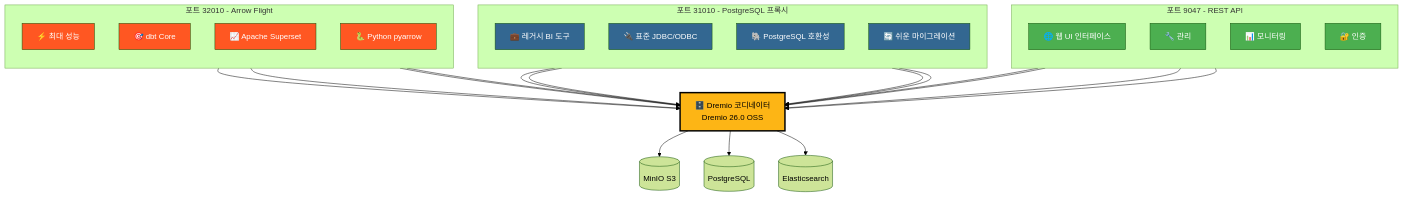
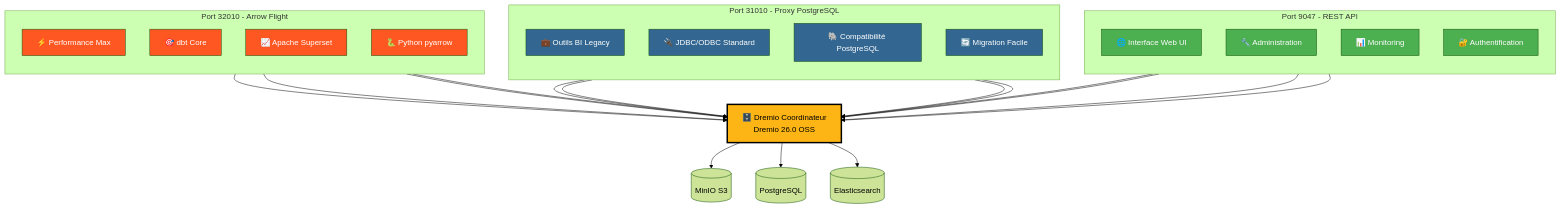
The first of 9 diagrams in docs/i18n/ko/architecture/dremio-ports-visual.md (Monsau/Talentys-OSS-Data-Platform), drawn with Mermaid (forest theme) before and after one commit. The commit also changed other lines of this file and 485 other files, not shown here.

First line of the commit message:
feat: v1.1.0 - Complete i18n roadmap, AI services, and data platform

````diff
--- a/docs/i18n/ko/architecture/dremio-ports-visual.md
+++ b/docs/i18n/ko/architecture/dremio-ports-visual.md
@@ -11,52 +11,52 @@
 ```mermaid
 graph TB
-    subgraph "포트 9047 - REST API"
+    subgraph "Port 9047 - REST API"
         direction TB
-        A1[🌐 웹 UI 인터페이스]
-        A2[🔧 관리]
-        A3[📊 모니터링]
-        A4[🔐 인증]
+        A1[🌐 Interface Web UI]
+        A2[🔧 Administration]
+        A3[📊 Monitoring]
+        A4[🔐 Authentification]
     end
     
-    subgraph "포트 31010 - PostgreSQL 프록시"
+    subgraph "Port 31010 - Proxy PostgreSQL"
         direction TB
-        B1[💼 레거시 BI 도구]
-        B2[🔌 표준 JDBC/ODBC]
-        B3[🐘 PostgreSQL 호환성]
-        B4[🔄 쉬운 마이그레이션]
+        B1[💼 Outils BI Legacy]
+        B2[🔌 JDBC/ODBC Standard]
+        B3[🐘 Compatibilité PostgreSQL]
+        B4[🔄 Migration Facile]
     end
     
-    subgraph "포트 32010 - Arrow Flight"
+    subgraph "Port 32010 - Arrow Flight"
         direction TB
-        C1[⚡ 최대 성능]
+        C1[⚡ Performance Max]
         C2[🎯 dbt Core]
         C3[📈 Apache Superset]
         C4[🐍 Python pyarrow]
     end
     
-    D[🗄️ Dremio 코디네이터<br/>Dremio 26.0 OSS]
+    D[🗄️ Dremio Coordinateur<br/>Dremio 26.0 OSS]
     
     A1 & A2 & A3 & A4 --> D
     B1 & B2 & B3 & B4 --> D
     C1 & C2 & C3 & C4 --> D
     
     E1[(MinIO S3)]
     E2[(PostgreSQL)]
     E3[(Elasticsearch)]
     
     D --> E1 & E2 & E3
     
     style D fill:#FDB515,color:#000,stroke:#000,stroke-width:3px
     style A1 fill:#4CAF50,color:#fff
     style A2 fill:#4CAF50,color:#fff
     style A3 fill:#4CAF50,color:#fff
     style A4 fill:#4CAF50,color:#fff
     style B1 fill:#336791,color:#fff
     style B2 fill:#336791,color:#fff
     style B3 fill:#336791,color:#fff
     style B4 fill:#336791,color:#fff
     style C1 fill:#FF5722,color:#fff
     style C2 fill:#FF5722,color:#fff
     style C3 fill:#FF5722,color:#fff
     style C4 fill:#FF5722,color:#fff
 ```
````
